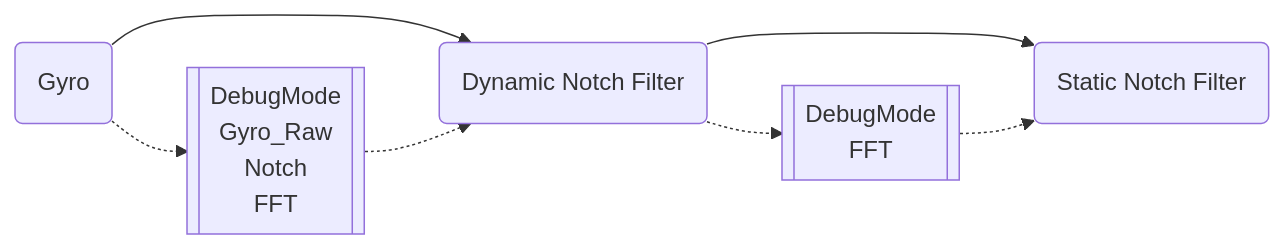
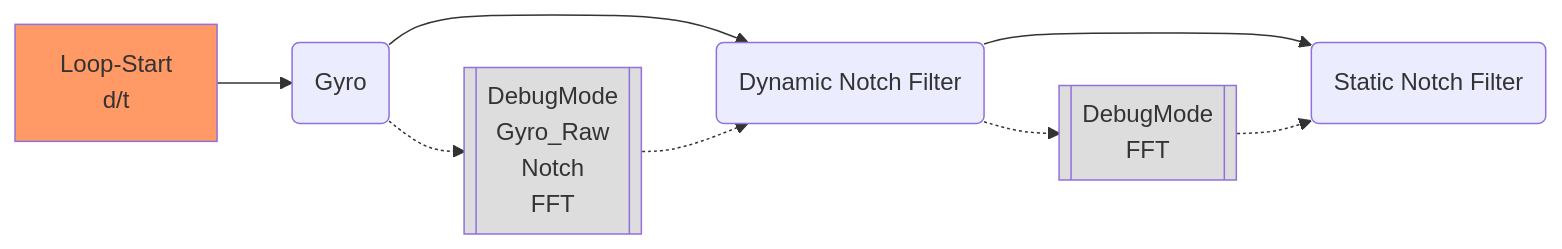
Before and after one commit to mrRobot62/lunax.betaflight.doc: the first of 4 diagrams in docs/bf_filter.md, drawn with Mermaid. The commit also changed other lines of this file and 43 other files, not shown here.

````diff
--- a/docs/bf_filter.md
+++ b/docs/bf_filter.md
@@ -70,12 +103,14 @@
 ```mermaid
 graph LR
 	classDef dbg fill:#ddd
-
-	GY(Gyro) -.-> DBG1[[DebugMode<br>Gyro_Raw<br>Notch<br>FFT]]
+	classDef LP fill:#f96
+	
+	LS[Loop-Start<br>d/t]:::LP --> GY(Gyro)
+	GY -.-> DBG1[[DebugMode<br>Gyro_Raw<br>Notch<br>FFT]]:::dbg
 	GY --> DNF
 	DBG1 -.-> DNF(Dynamic Notch Filter)
-	DNF -.-> DBGFFT[[DebugMode<br>FFT]]
+	DNF -.-> DBGFFT[[DebugMode<br>FFT]]:::dbg
 	DNF --> SNF(Static Notch Filter)
 	DBGFFT -.-> SNF
 
 ```
````
